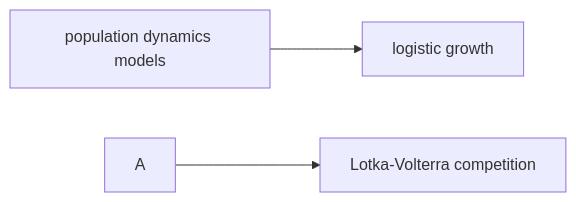
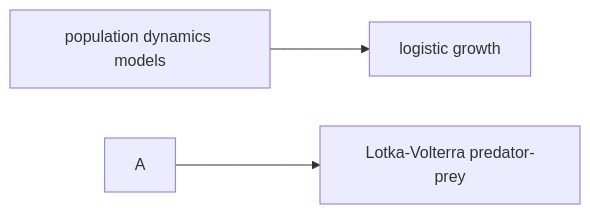
One commit to docxology/MetaInformAnt changed the diagram in docs/math/dynamics.md. Above: the diagram before and after it, drawn with Mermaid. The commit also changed other lines of this file and 532 other files, not shown here.

````diff
--- a/docs/math/dynamics.md
+++ b/docs/math/dynamics.md
@@ -5,5 +5,5 @@
 ```mermaid
 flowchart LR
   ApopulationDynamicsModels[population dynamics models] --> BlogisticGrowth[logistic growth]
-  A --> Clotka-volterraCompetition[Lotka-Volterra competition]
+  A --> Clotka-volterraCompetition[Lotka-Volterra predator-prey]
 ```
````
